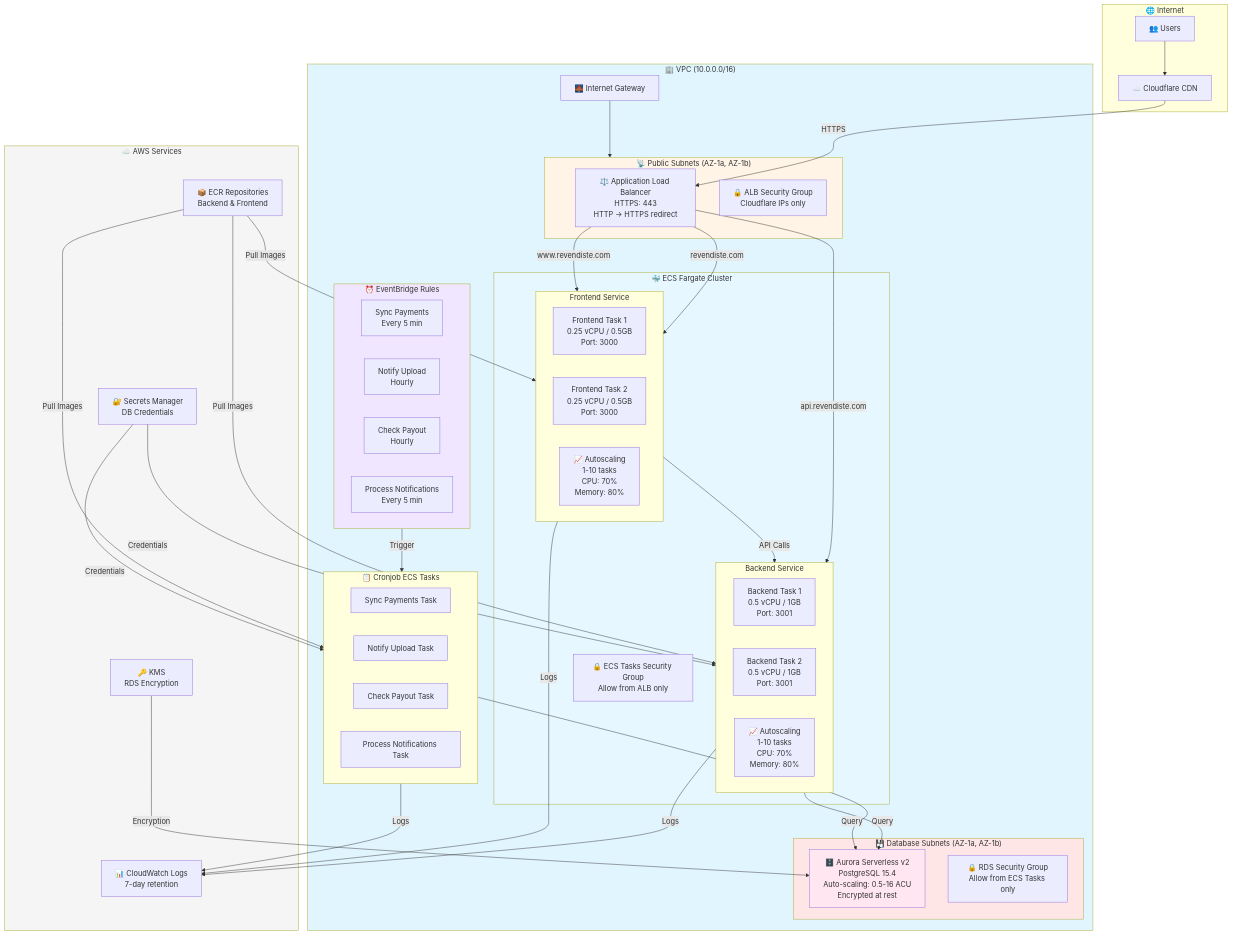
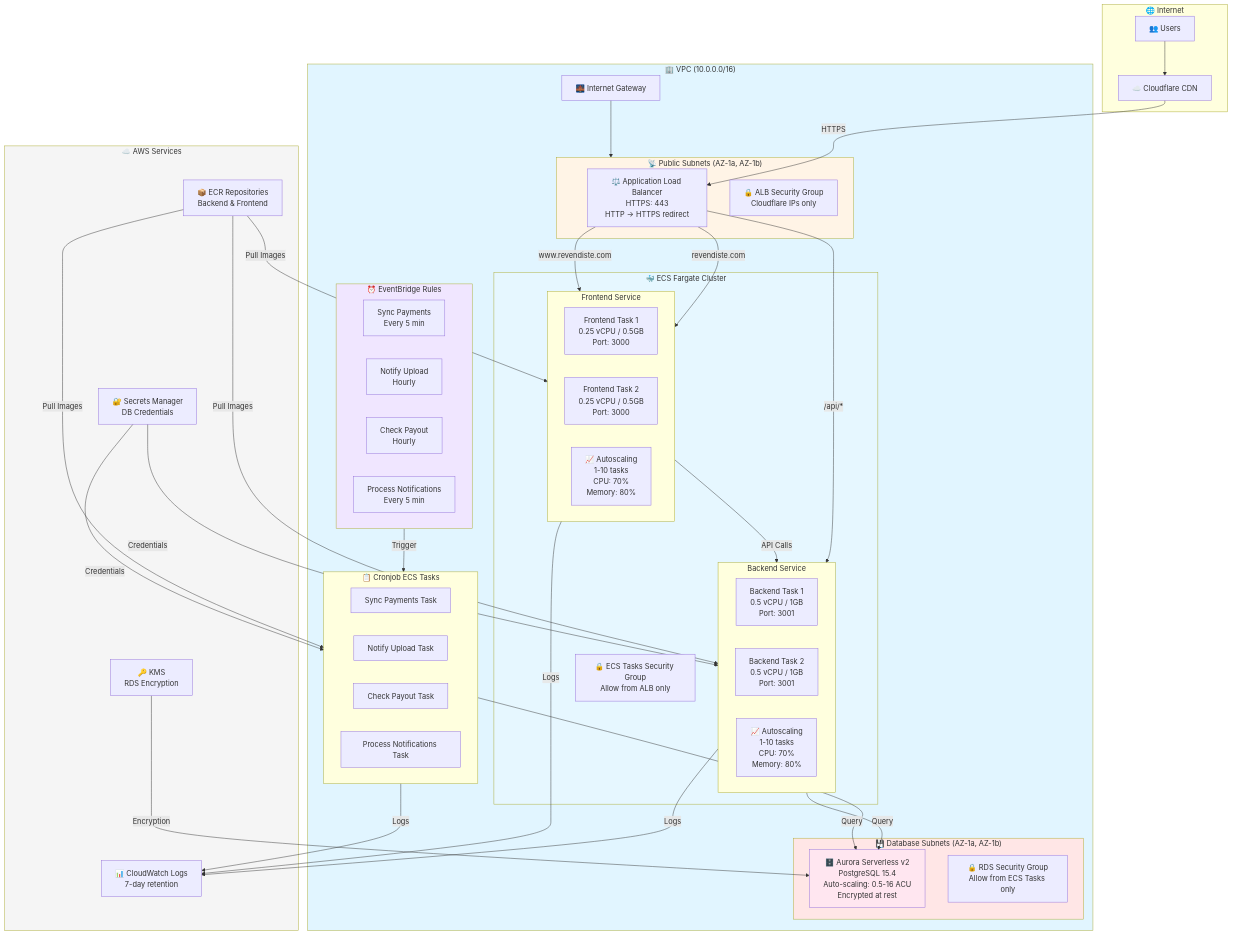
The diagram in infrastructure/production/architecture-diagram.md (mathfalcon/revendiste), drawn with Mermaid before and after one commit. The commit also changed other lines of this file and 3 other files, not shown here.

```diff
--- a/infrastructure/production/architecture-diagram.md
+++ b/infrastructure/production/architecture-diagram.md
@@ -64,7 +64,7 @@
 
     Users --> Cloudflare
     Cloudflare -->|HTTPS| ALB
-    ALB -->|api.revendiste.com| BackendService
+    ALB -->|/api/*| BackendService
     ALB -->|revendiste.com| FrontendService
     ALB -->|www.revendiste.com| FrontendService
     
```
